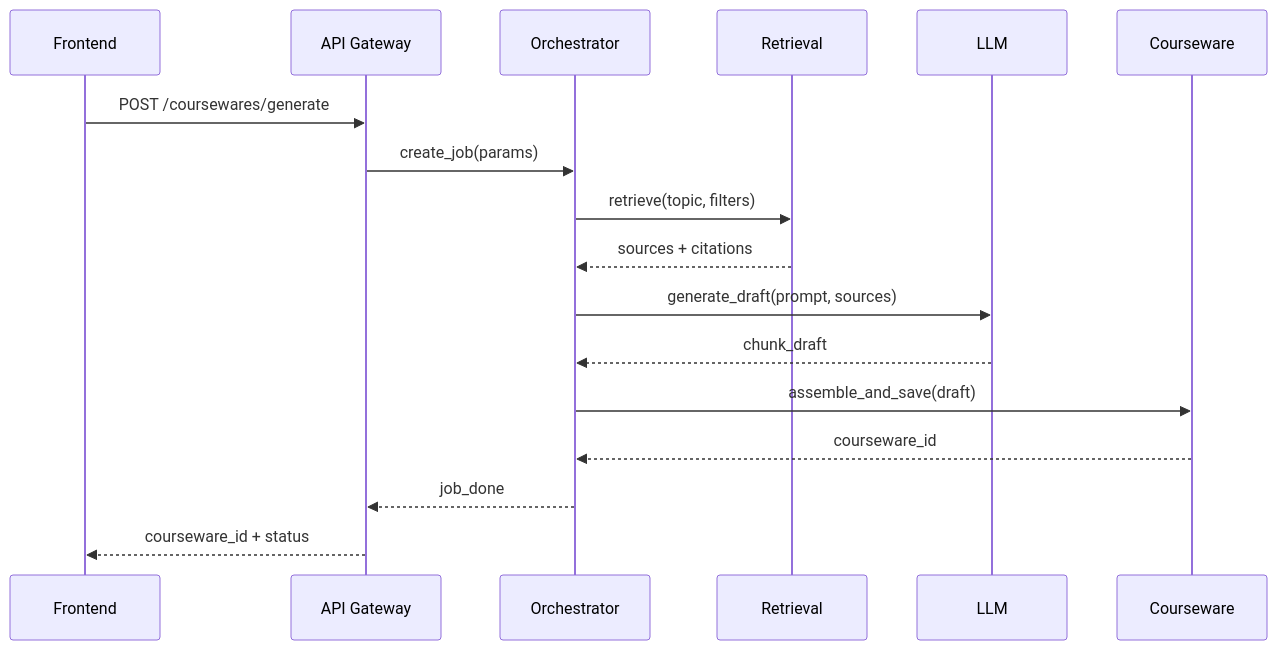
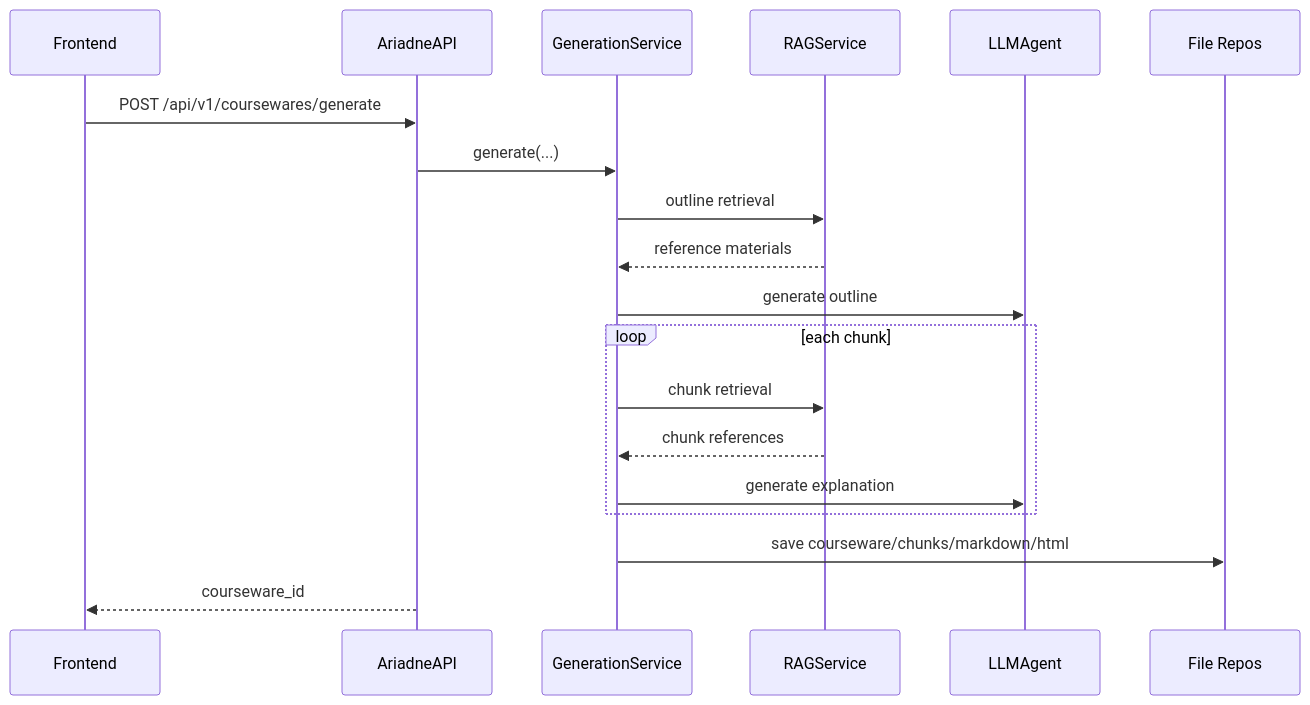
Before and after one commit to HerculeLiu/Ariadne: the third of 5 diagrams in 架构文档.md, drawn with Mermaid. The commit also changed other lines of this file and 2 other files, not shown here.

Commit message:
docs: align architecture and API docs with current implementation

````diff
--- a/架构文档.md
+++ b/架构文档.md
@@ -74,20 +245,22 @@
 ```mermaid
 sequenceDiagram
   participant UI as Frontend
-  participant GW as API Gateway
-  participant OR as Orchestrator
-  participant RT as Retrieval
-  participant LLM as LLM
-  participant CW as Courseware
+  participant API as AriadneAPI
+  participant GEN as GenerationService
+  participant RAG as RAGService
+  participant LLM as LLMAgent
+  participant FS as File Repos
 
-  UI->>GW: POST /coursewares/generate
-  GW->>OR: create_job(params)
-  OR->>RT: retrieve(topic, filters)
-  RT-->>OR: sources + citations
-  OR->>LLM: generate_draft(prompt, sources)
-  LLM-->>OR: chunk_draft
-  OR->>CW: assemble_and_save(draft)
-  CW-->>OR: courseware_id
-  OR-->>GW: job_done
-  GW-->>UI: courseware_id + status
+  UI->>API: POST /api/v1/coursewares/generate
+  API->>GEN: generate(...)
+  GEN->>RAG: outline retrieval
+  RAG-->>GEN: reference materials
+  GEN->>LLM: generate outline
+  loop each chunk
+    GEN->>RAG: chunk retrieval
+    RAG-->>GEN: chunk references
+    GEN->>LLM: generate explanation
+  end
+  GEN->>FS: save courseware/chunks/markdown/html
+  API-->>UI: courseware_id
 ```
````
